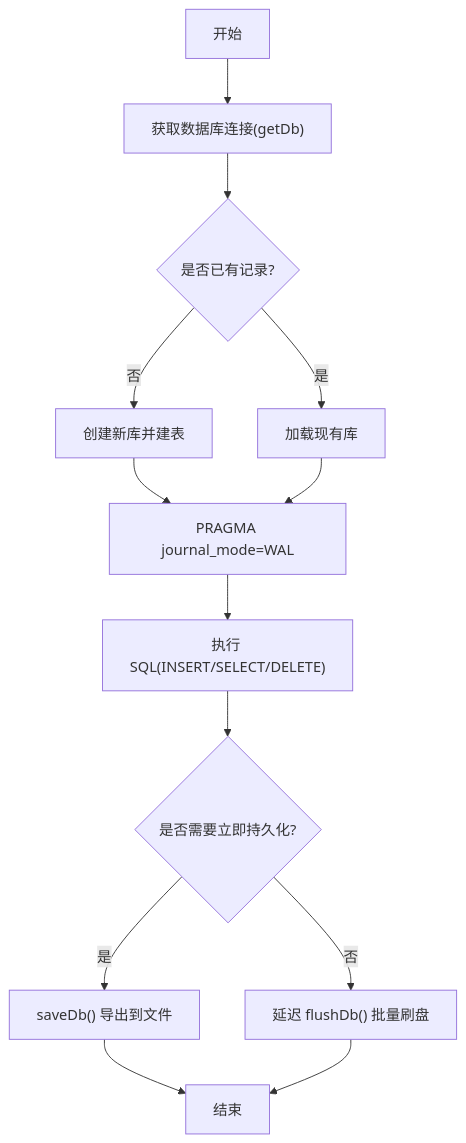
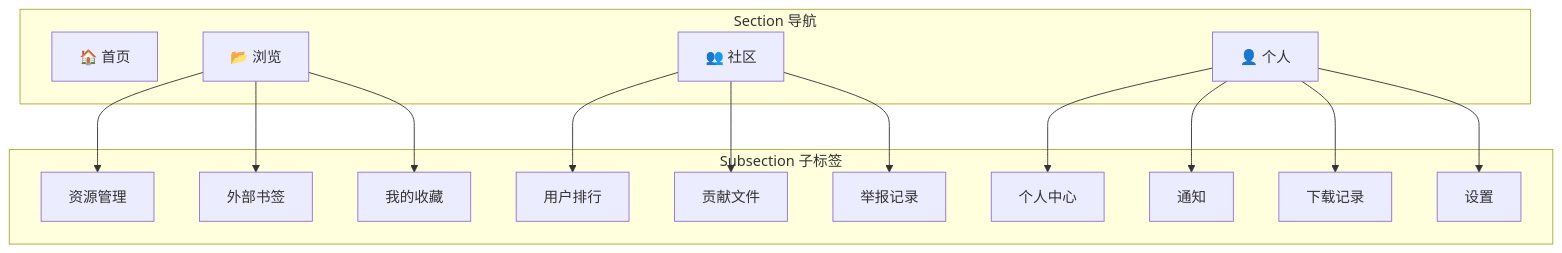
The fourth of 4 diagrams in repowiki/zh/content/桌面应用开发/桌面应用开发.md (PezMax/PezMax-One), drawn with Mermaid before and after one commit. The commit also changed other lines of this file and 12 other files, not shown here.

````diff
--- a/repowiki/zh/content/桌面应用开发/桌面应用开发.md
+++ b/repowiki/zh/content/桌面应用开发/桌面应用开发.md
@@ -267,15 +169,21 @@
 ```mermaid
-flowchart TD
-A["开始"] --> B["获取数据库连接(getDb)"]
-B --> C{"是否已有记录?"}
-C -- "否" --> D["创建新库并建表"]
-C -- "是" --> E["加载现有库"]
-D --> F["PRAGMA journal_mode=WAL"]
-E --> F
-F --> G["执行 SQL(INSERT/SELECT/DELETE)"]
-G --> H{"是否需要立即持久化?"}
-H -- "是" --> I["saveDb() 导出到文件"]
-H -- "否" --> J["延迟 flushDb() 批量刷盘"]
-I --> K["结束"]
-J --> K
+graph TB
+subgraph "Section 导航"
+Home["🏠 首页"]
+Browse["📂 浏览"]
+Community["👥 社区"]
+Profile["👤 个人"]
+end
+subgraph "Subsection 子标签"
+Browse --> RM["资源管理"]
+Browse --> EB["外部书签"]
+Browse --> MF["我的收藏"]
+Community --> UR["用户排行"]
+Community --> CF["贡献文件"]
+Community --> RR["举报记录"]
+Profile --> PC["个人中心"]
+Profile --> NT["通知"]
+Profile --> DH["下载记录"]
+Profile --> AS["设置"]
+end
 ```
````
